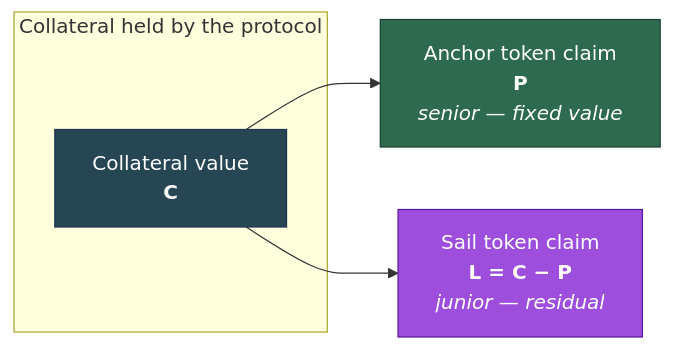
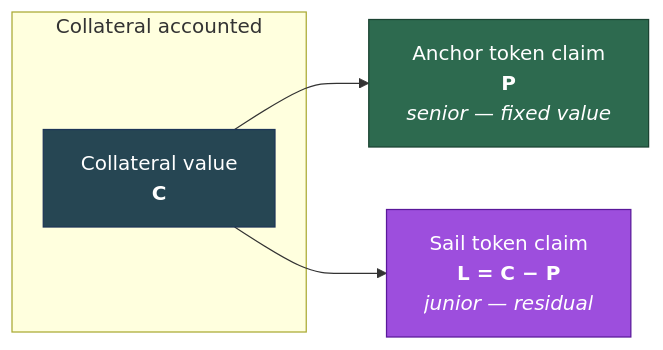
One commit to baofinance/harbor changed the first of 16 diagrams in doc/functional-spec.md. Above: the diagram before and after it, drawn with Mermaid. The commit also changed other lines of this file and 1 other file, not shown here.

````diff
--- a/doc/functional-spec.md
+++ b/doc/functional-spec.md
@@ -114,12 +132,12 @@
 ```mermaid
 flowchart LR
-    subgraph held["Collateral held by the protocol"]
+    subgraph held["Collateral accounted"]
         C["Collateral value<br/><b>C</b>"]
     end
     C --> P["Anchor token claim<br/><b>P</b><br/><i>senior — fixed value</i>"]
     C --> L["Sail token claim<br/><b>L = C − P</b><br/><i>junior — residual</i>"]
 
     style P fill:#2d6a4f,stroke:#1b4332,color:#fff
     style L fill:#9d4edd,stroke:#5a189a,color:#fff
     style C fill:#264653,stroke:#1d3557,color:#fff
 ```
````
